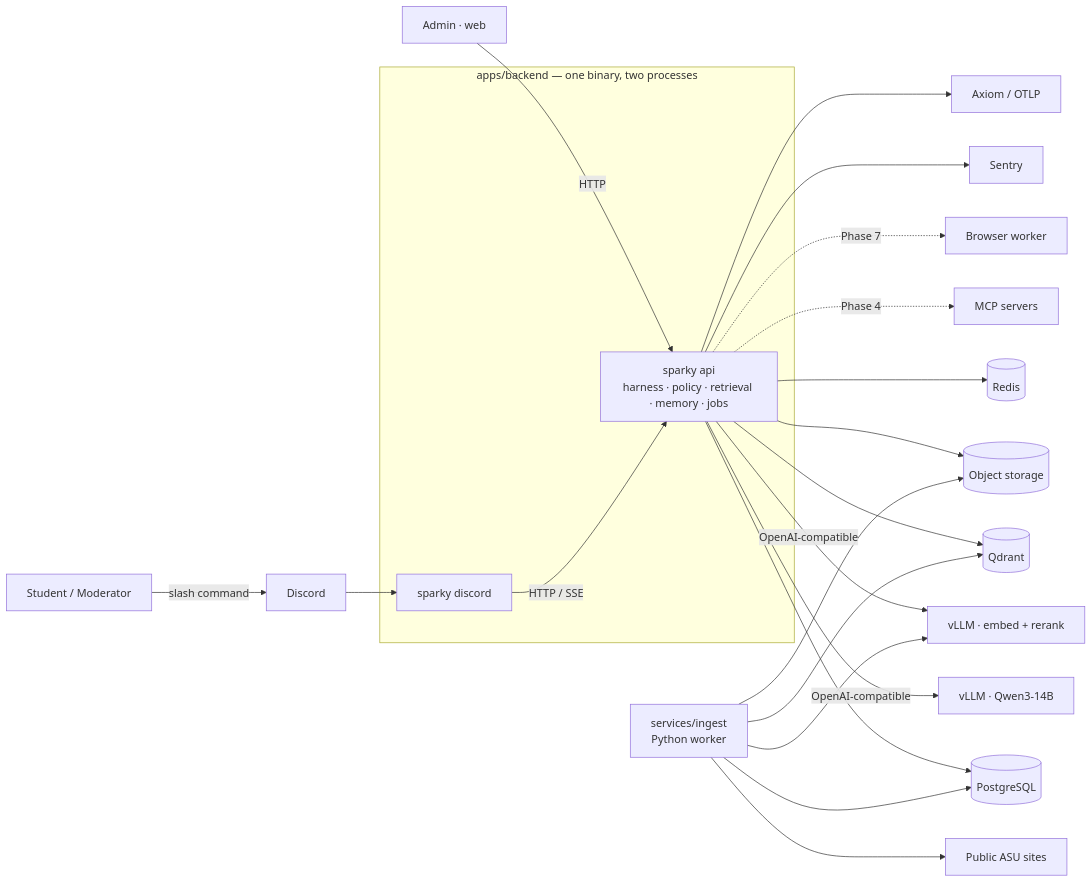
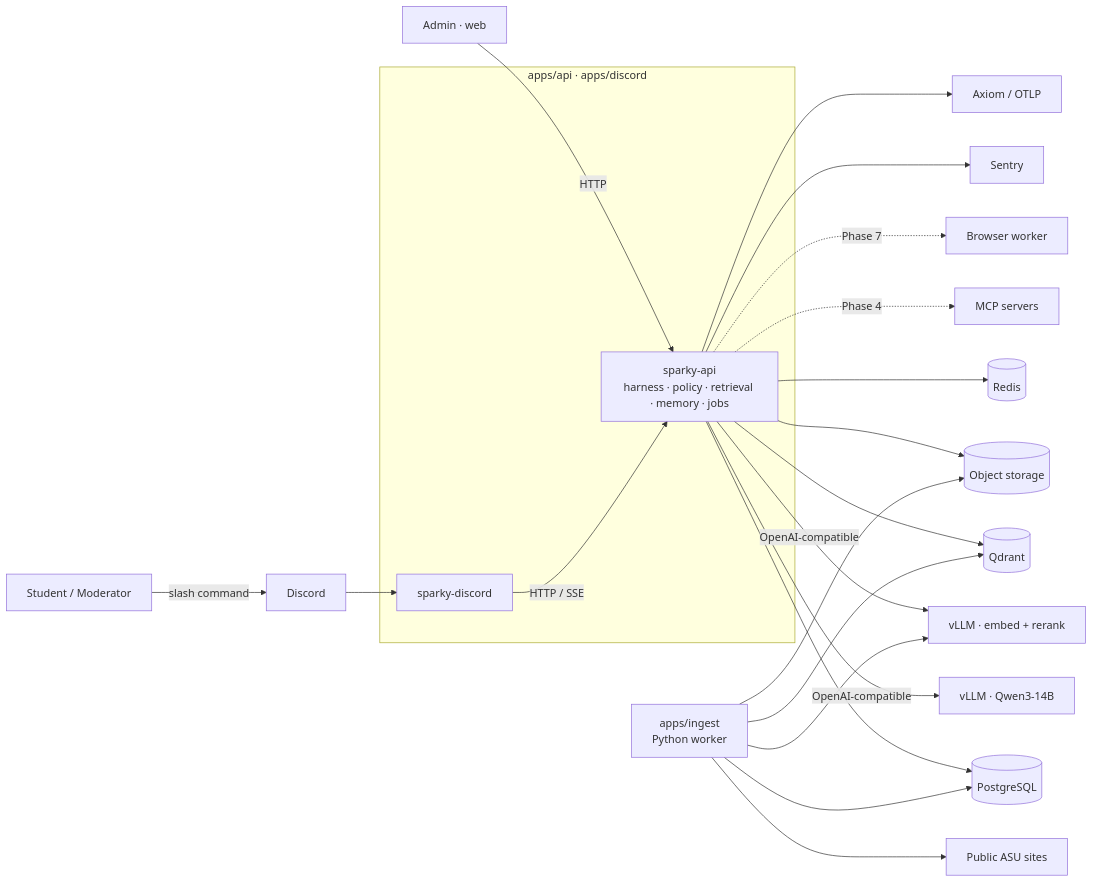
One commit to ashworks1706/SparkyAI changed the first of 9 diagrams in docs/ARCHITECTURE.md. Above: the diagram before and after it, drawn with Mermaid. The commit also changed other lines of this file and 106 other files, not shown here.

First line of the commit message:
Layout: apps/ holds every process, crates/ holds Rust libraries

````diff
--- a/docs/ARCHITECTURE.md
+++ b/docs/ARCHITECTURE.md
@@ -11,30 +11,30 @@
 ```mermaid
 flowchart LR
     U[Student / Moderator] -->|slash command| D[Discord]
     A[Admin · web] -->|HTTP| APP
 
-    subgraph backend [apps/backend — one binary, two processes]
-        BOT[sparky discord]
-        APP[sparky api<br/>harness · policy · retrieval · memory · jobs]
+    subgraph rust [apps/api · apps/discord]
+        BOT[sparky-discord]
+        APP[sparky-api<br/>harness · policy · retrieval · memory · jobs]
     end
     D --> BOT
     BOT -->|HTTP / SSE| APP
 
     APP -->|OpenAI-compatible| VLLM[vLLM · Qwen3-14B]
     APP -->|OpenAI-compatible| EMB[vLLM · embed + rerank]
     APP --> PG[(PostgreSQL)]
     APP --> RD[(Redis)]
     APP --> QD[(Qdrant)]
     APP --> S3[(Object storage)]
     APP -.->|Phase 4| MCP[MCP servers]
     APP -.->|Phase 7| BW[Browser worker]
 
-    ING[services/ingest<br/>Python worker] --> WEB[Public ASU sites]
+    ING[apps/ingest<br/>Python worker] --> WEB[Public ASU sites]
     ING --> PG
     ING --> QD
     ING --> S3
     ING --> EMB
 
     APP --> SEN[Sentry]
     APP --> AX[Axiom / OTLP]
 ```
````
